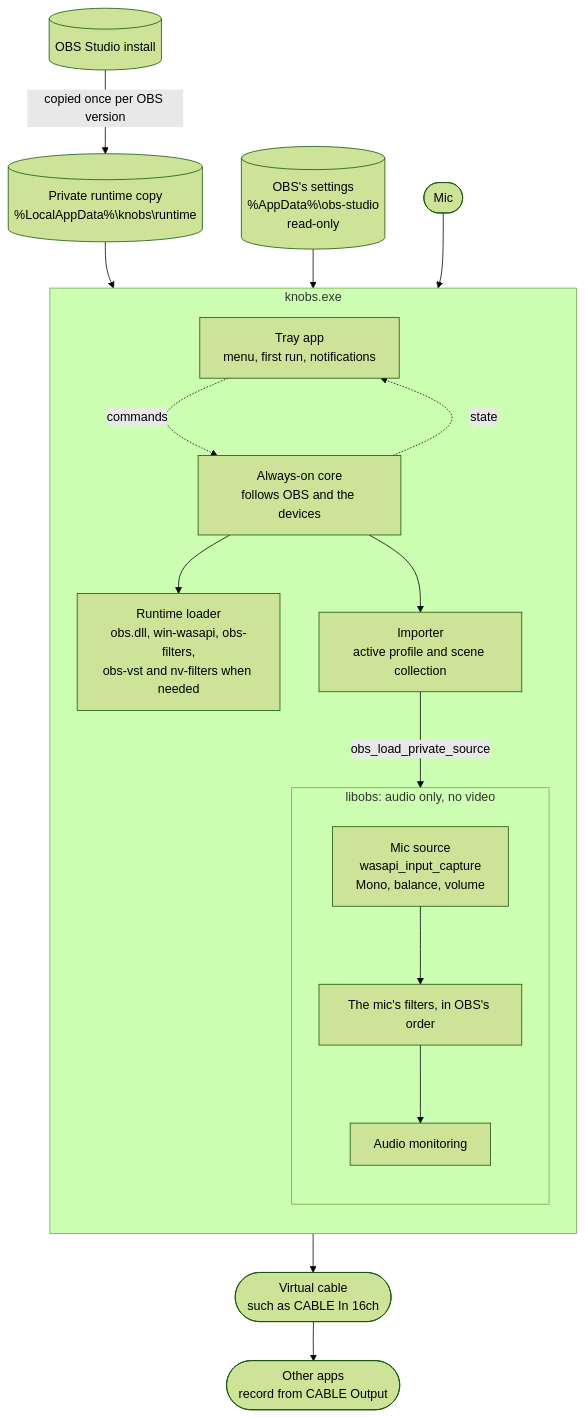
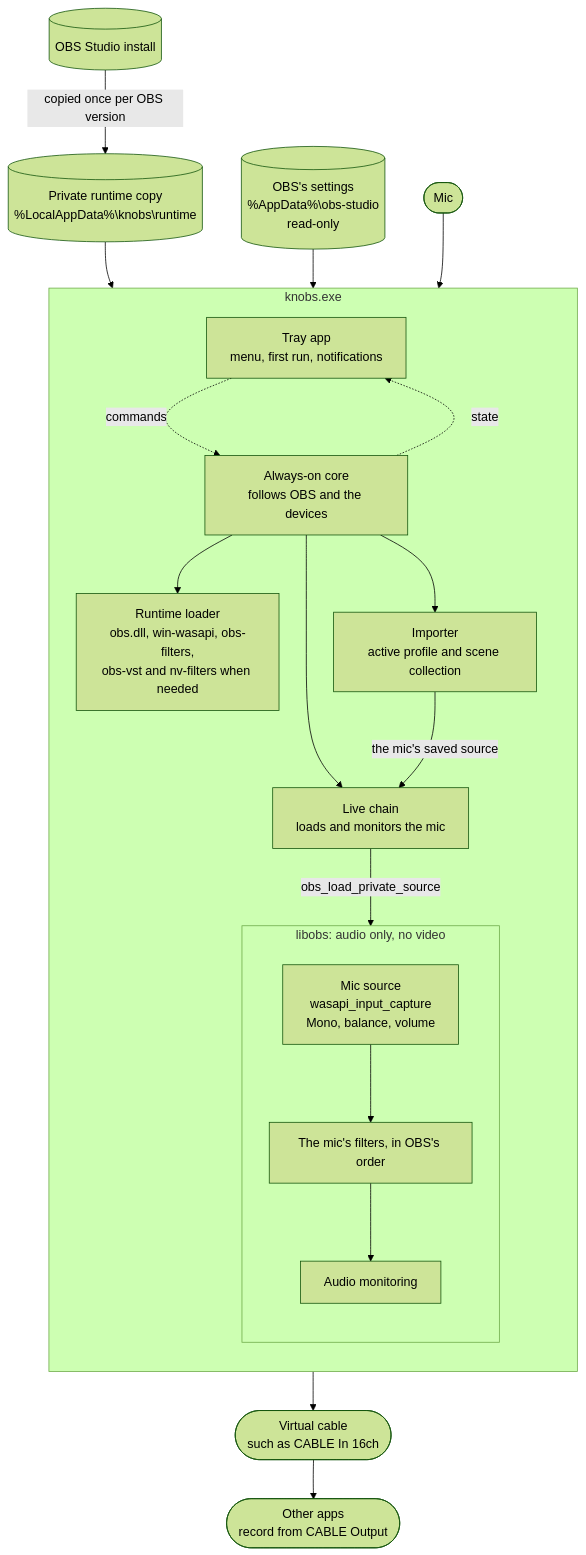
The first of 2 diagrams in docs/design.md (danielalyoshin/knobs), drawn with Mermaid (forest theme) before and after one commit. The commit also changed other lines of this file and 14 other files, not shown here.

````diff
--- a/docs/design.md
+++ b/docs/design.md
@@ -24,31 +22,34 @@
 ```mermaid
 flowchart TB
   install[("OBS Studio install")] -- "copied once per OBS version" --> copy[("Private runtime copy<br>%LocalAppData%\knobs\runtime")]
   obsconfig[("OBS's settings<br>%AppData%\obs-studio<br>read-only")]
 
   subgraph app["knobs.exe"]
     direction TB
     tray["Tray app<br>menu, first run, notifications"]
     core["Always-on core<br>follows OBS and the devices"]
     loader["Runtime loader<br>obs.dll, win-wasapi, obs-filters,<br>obs-vst and nv-filters when needed"]
     importer["Importer<br>active profile and scene collection"]
+    live["Live chain<br>loads and monitors the mic"]
     subgraph libobs["libobs: audio only, no video"]
       direction TB
       source["Mic source<br>wasapi_input_capture<br>Mono, balance, volume"]
       filters["The mic's filters, in OBS's order"]
       monitor["Audio monitoring"]
       source --> filters --> monitor
     end
   end
 
   tray -. "commands" .-> core
   core -. "state" .-> tray
   core --> loader
   core --> importer
+  core --> live
   copy --> loader
   obsconfig --> importer
-  importer -- "obs_load_private_source" --> source
+  importer -- "the mic's saved source" --> live
+  live -- "obs_load_private_source" --> source
   mic(["Mic"]) --> source
   monitor --> cable(["Virtual cable<br>such as CABLE In 16ch"])
   cable --> apps(["Other apps<br>record from CABLE Output"])
 ```
````
